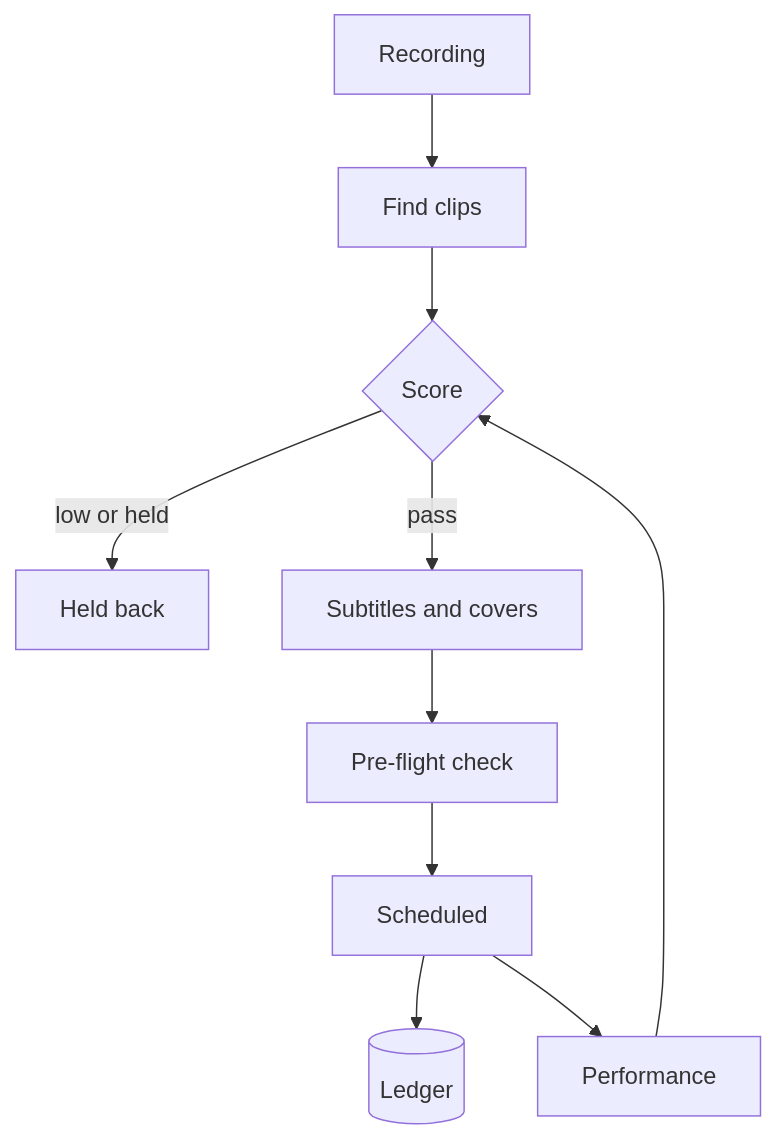
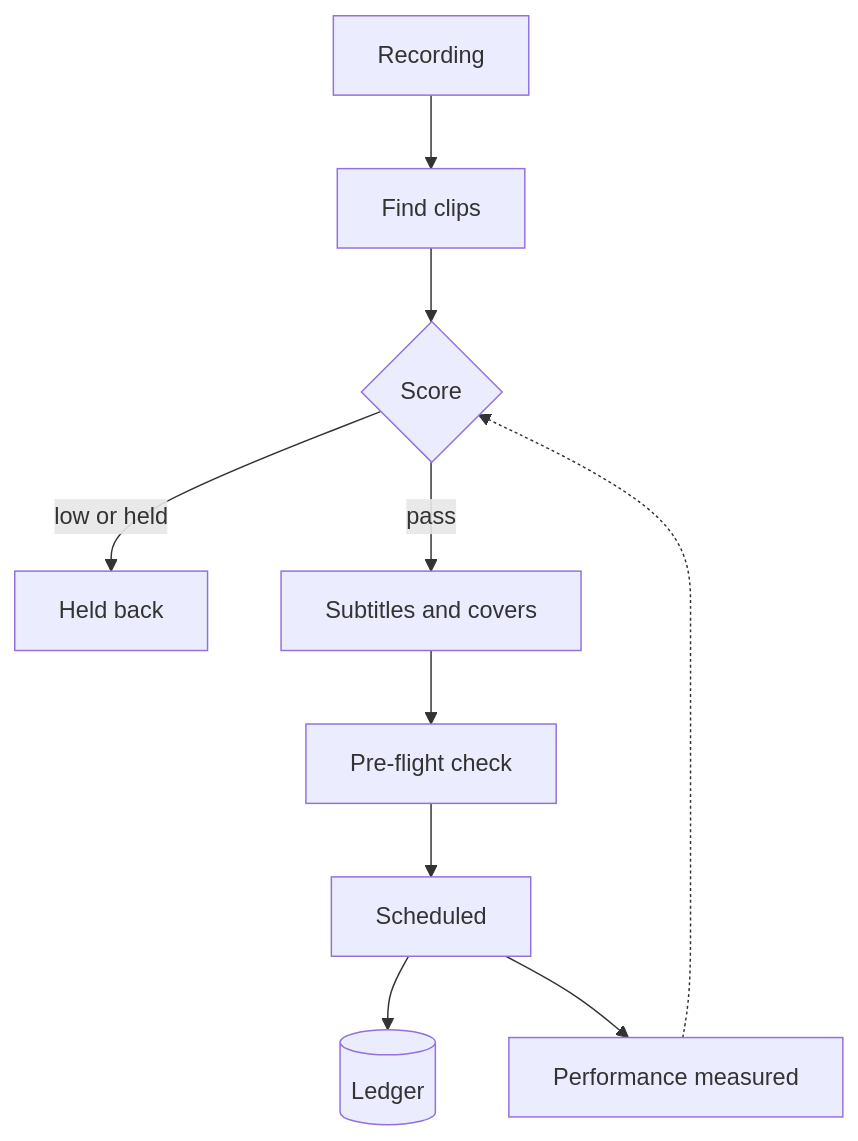
One commit to Mohanad1st/impactanchor-reels-showcase changed the diagram in README.md. Above: the diagram before and after it, drawn with Mermaid. The commit also changed other lines of this file, not shown here.

````diff
--- a/README.md
+++ b/README.md
@@ -27,14 +25,14 @@
 ```mermaid
 flowchart TD
   accTitle: How a recording becomes scheduled clips
-  accDescr: A session is transcribed into candidate clips, scored against a rubric, low scores are held back, the rest get bilingual subtitles and covers, pass a pre-flight check, are scheduled, recorded in a ledger, and performance feeds back into scoring.
+  accDescr: A session is transcribed into candidate clips, scored, low scores are held back, the rest get bilingual subtitles and covers, pass a pre-flight check, are scheduled and recorded in a ledger, and performance is measured against the scores.
   A[Recording] --> B[Find clips]
   B --> C{Score}
   C -- low or held --> H[Held back]
   C -- pass --> D[Subtitles and covers]
   D --> E[Pre-flight check]
   E --> F[Scheduled]
   F --> G[(Ledger)]
-  F --> M[Performance]
-  M --> C
+  F --> M[Performance measured]
+  M -.-> C
 ```
````
